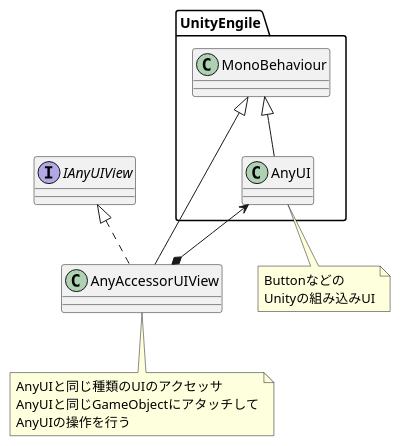
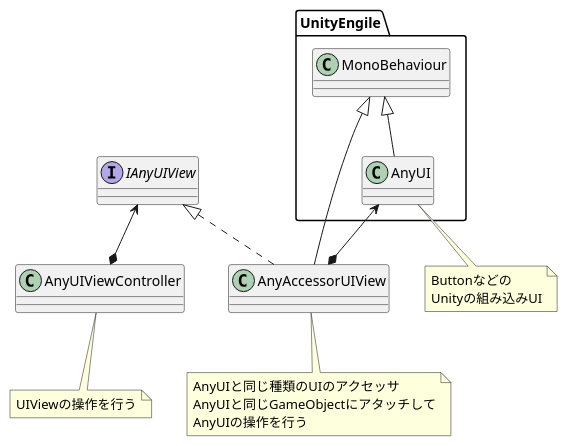
One commit to yobiya/unity-distributed-rendering changed the diagram in Specs/uml/ui_class.pu. Above: the diagram before and after it, drawn with PlantUML.

Commit message:
UIViewControllerを追加

```diff
--- a/Specs/uml/ui_class.pu
+++ b/Specs/uml/ui_class.pu
@@ -1,23 +1,29 @@
 @startuml ui_class
 
 class UnityEngile.MonoBehaviour
 class UnityEngile.AnyUI
 note bottom
   Buttonなどの
   Unityの組み込みUI
 endnote
 
 interface IAnyUIView
 class AnyAccessorUIView
 note bottom
   AnyUIと同じ種類のUIのアクセッサ
   AnyUIと同じGameObjectにアタッチして
   AnyUIの操作を行う
 endnote
 
+class AnyUIViewController
+note bottom
+  UIViewの操作を行う
+endnote
+
 UnityEngile.MonoBehaviour <|-- UnityEngile.AnyUI
 UnityEngile.MonoBehaviour <|-- AnyAccessorUIView
 IAnyUIView <|.. AnyAccessorUIView
 UnityEngile.AnyUI <--* AnyAccessorUIView
+IAnyUIView <--* AnyUIViewController
 
 @enduml
```
